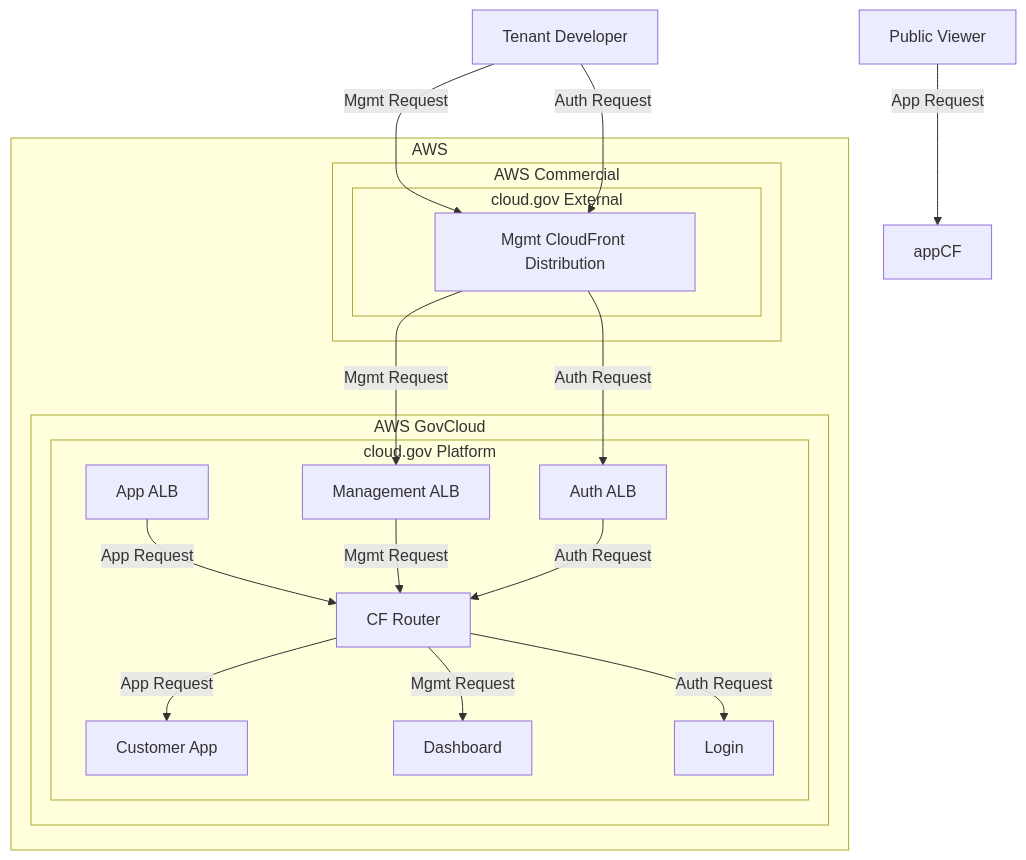
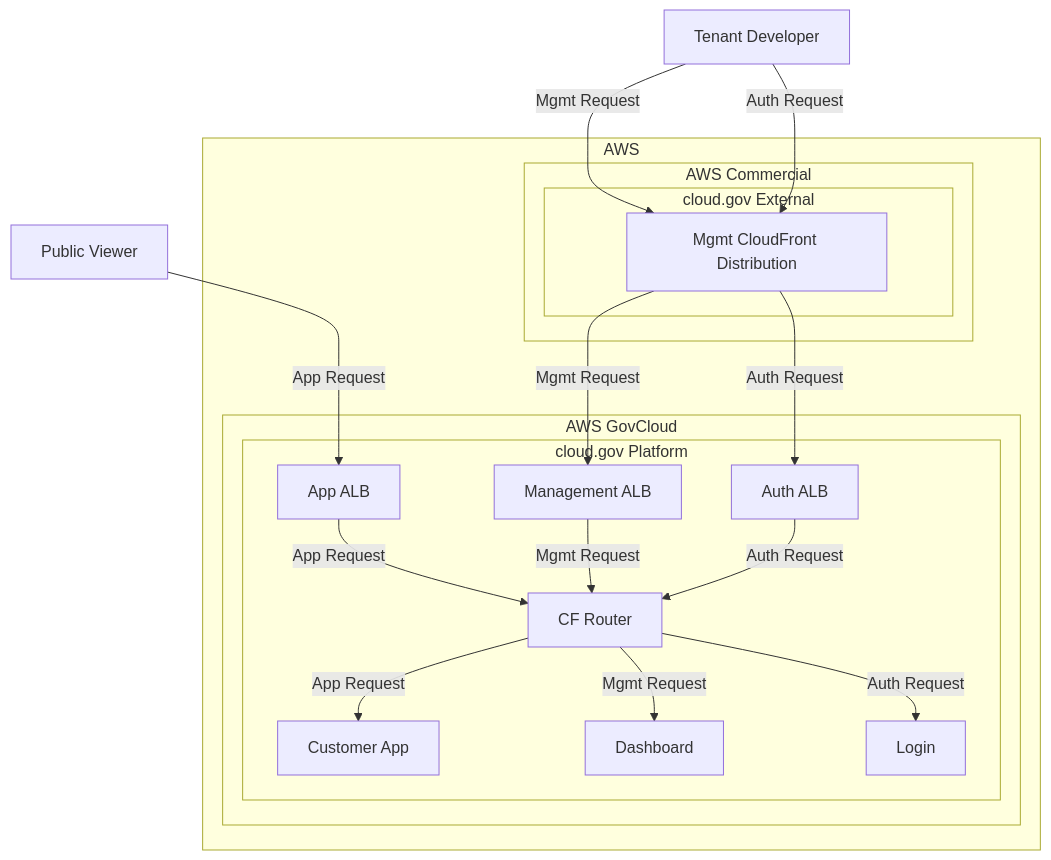
Before and after one commit to cloud-gov/product: the second of 5 diagrams in adr/ADR-0009-shield-advanced.md, drawn with Mermaid.

Commit message:
Missed updating an edge during last update

````diff
--- a/adr/ADR-0009-shield-advanced.md
+++ b/adr/ADR-0009-shield-advanced.md
@@ -60,29 +60,29 @@
 ```mermaid
 graph TD
-    public[Public Viewer] -->|App Request| appCF
+    public[Public Viewer] -->|App Request| appALB
     tenant[Tenant Developer] -->|Mgmt Request| mgmtCF
     tenant[Tenant Developer] -->|Auth Request| mgmtCF
 
     subgraph aws["AWS"]
         subgraph commercial["AWS Commercial"]
             subgraph external["cloud.gov External"]
                 mgmtCF[Mgmt CloudFront Distribution]
                 mgmtCF[Mgmt CloudFront Distribution]
             end
         end
         subgraph govcloud["AWS GovCloud"]
             subgraph platform["cloud.gov Platform"]
                 mgmtCF -->|Mgmt Request| mgmtALB
                 mgmtCF -->|Auth Request| authALB
 
                 appALB[App ALB] -->|App Request| router[CF Router]
                 mgmtALB[Management ALB] -->|Mgmt Request| router
                 authALB[Auth ALB] -->|Auth Request| router
 
                 router -->|App Request| app[Customer App]
                 router -->|Mgmt Request| dashboard[Dashboard]
                 router -->|Auth Request| login[Login]
             end
         end
     end
 ```
````
